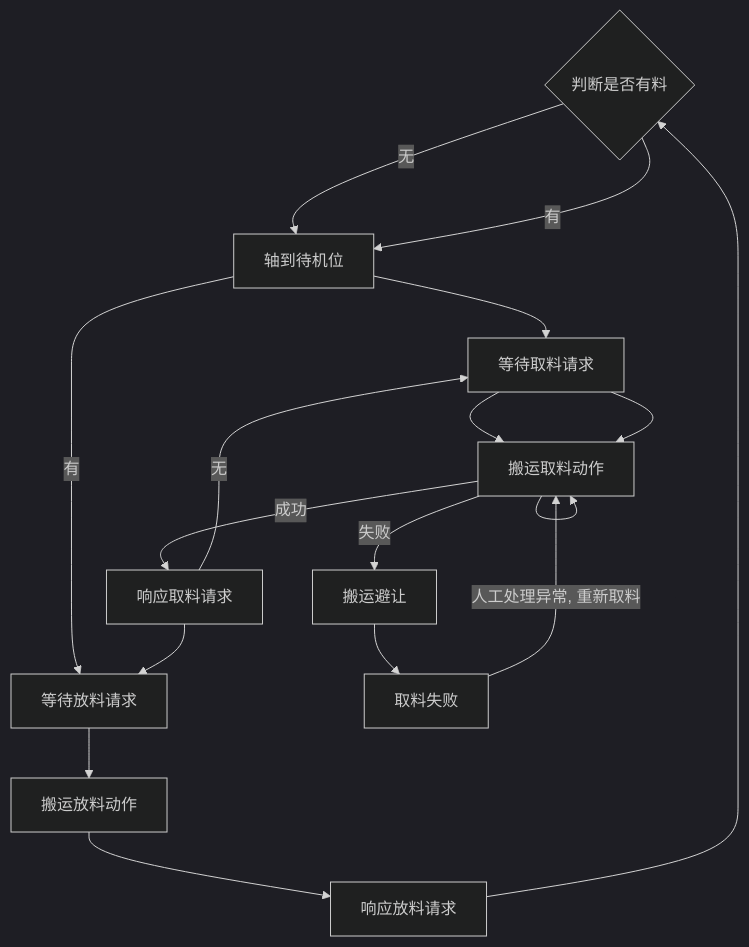
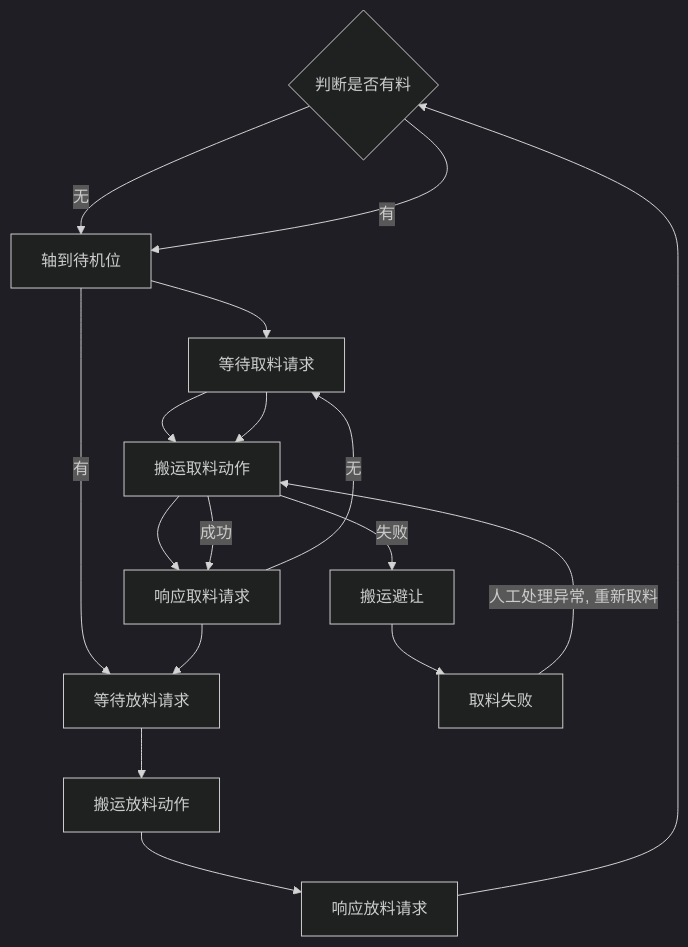
The diagram in all/OP10 自动流程.md (PengKun1/iodraw-files), drawn with Mermaid (dark theme) before and after one commit.

Commit message:
2024-08-02 10:57:57 update

````diff
--- a/all/OP10 自动流程.md
+++ b/all/OP10 自动流程.md
@@ -1,21 +1,22 @@
 ```mermaid
 graph TD
 10{判断是否有料}-->|无|20
 10-->|有|20
 20[轴到待机位]-->30
 30[气缸到待机位]-->40
-40[等待人工上料完成]-->40
+40[等待人工上料完成]-->50
+
 50{是否焊接完成}-->|无|30
 20-->|有|60
 30[等待取料请求]-->40
 40[搬运取料动作]-->|成功|50
 40-->|失败|90
 50[响应取料请求]-->60
 60[等待放料请求]-->70
 70[搬运放料动作]-->80
 80[响应放料请求]-->10
 
 90[搬运避让]-->900
 
 900[取料失败]-->|人工处理异常, 重新取料|40
 ```
````
